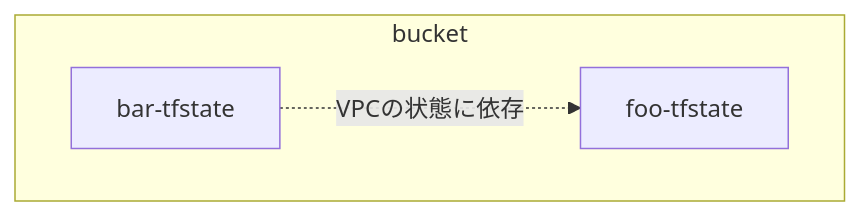
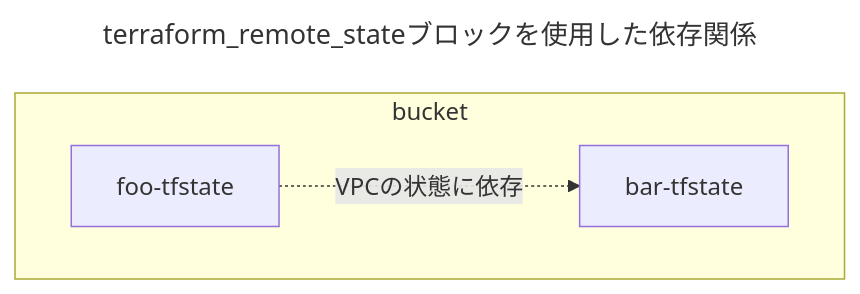
Before and after one commit to hiroki-it/hatenablog: the third of 12 diagrams in dist/draft/Terraformのtfstateファイルの分割手法.md, drawn with Mermaid. The commit also changed other lines of this file, not shown here.

````diff
--- a/dist/draft/Terraformのtfstateファイルの分割手法.md
+++ b/dist/draft/Terraformのtfstateファイルの分割手法.md
@@ -204,9 +207,12 @@
 ```mermaid
+---
+title: terraform_remote_stateブロックを使用した依存関係
+---
 %%{init:{'theme':'natural'}}%%
 flowchart TD
     subgraph bucket
         Foo[foo-tfstate]
         Bar[bar-tfstate]
     end
-    Bar -. VPCの状態に依存 .-> Foo
+    Foo -. VPCの状態に依存 .-> Bar
 ```
````
